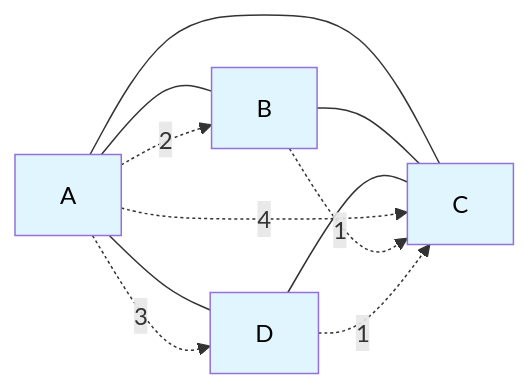
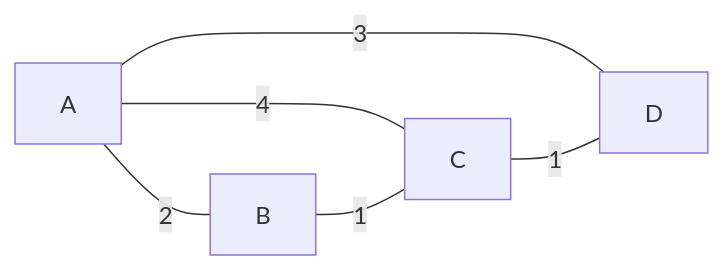
The first of 4 diagrams in 计算机网络/5.2网络层：路由选择算法.md (Dtheme/CS-base), drawn with Mermaid before and after one commit. The commit also changed other lines of this file and 51 other files, not shown here.

````diff
--- a/计算机网络/5.2网络层：路由选择算法.md
+++ b/计算机网络/5.2网络层：路由选择算法.md
@@ -67,19 +70,8 @@
 ```mermaid
 graph LR
-    A --- B
-    A --- D
-    A --- C
-    B --- C
-    D --- C
-    
-    A -.->|2| B
-    A -.->|3| D
-    A -.->|4| C
-    B -.->|1| C
-    D -.->|1| C
-    
-    style A fill:#e1f5fe,color:#000
-    style B fill:#e1f5fe,color:#000
-    style C fill:#e1f5fe,color:#000
-    style D fill:#e1f5fe,color:#000
+    A ---|2| B
+    A ---|4| C
+    A ---|3| D
+    B ---|1| C
+    C ---|1| D
 ```
````
